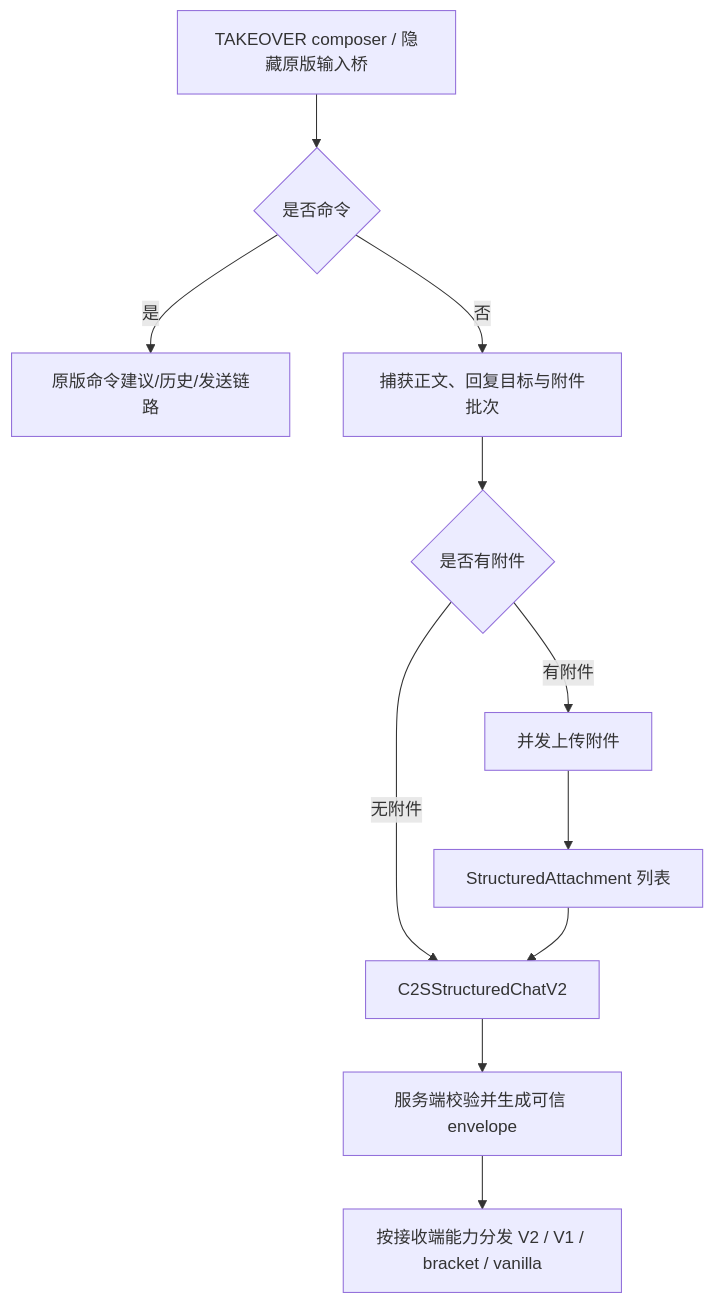
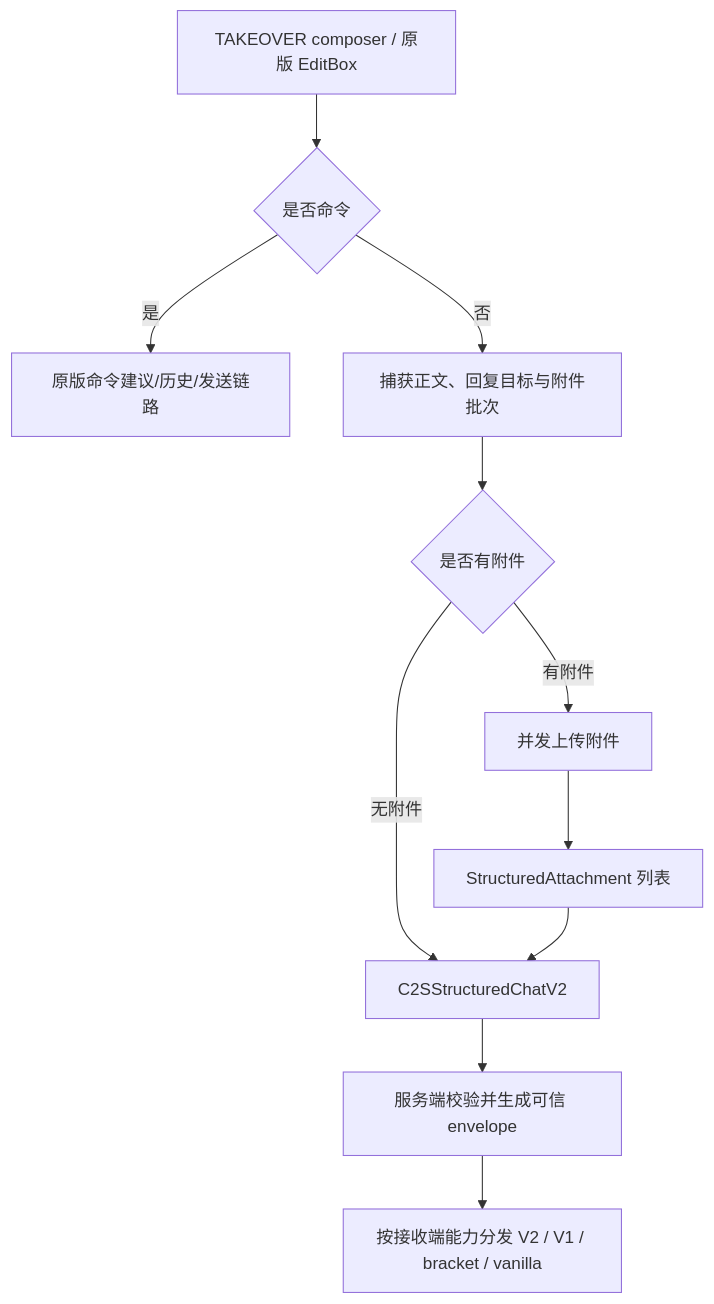
The first of 2 diagrams in docs/chat-pipeline.md (LoosePrince/chat-upgrade), drawn with Mermaid before and after one commit. The commit also changed other lines of this file and 23 other files, not shown here.

````diff
--- a/docs/chat-pipeline.md
+++ b/docs/chat-pipeline.md
@@ -29,13 +29,13 @@
 ```mermaid
 flowchart TD
-    A[TAKEOVER composer / 隐藏原版输入桥] --> B{是否命令}
+    A[TAKEOVER composer / 原版 EditBox] --> B{是否命令}
     B -- 是 --> C[原版命令建议/历史/发送链路]
     B -- 否 --> D[捕获正文、回复目标与附件批次]
     D --> E{是否有附件}
     E -- 无附件 --> F[C2SStructuredChatV2]
     E -- 有附件 --> G[并发上传附件]
     G --> H[StructuredAttachment 列表]
     H --> F
     F --> I[服务端校验并生成可信 envelope]
     I --> J[按接收端能力分发 V2 / V1 / bracket / vanilla]
 ```
````
